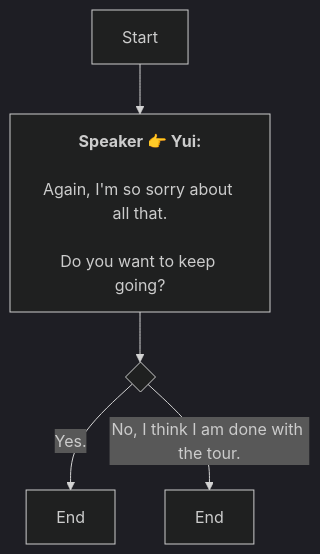
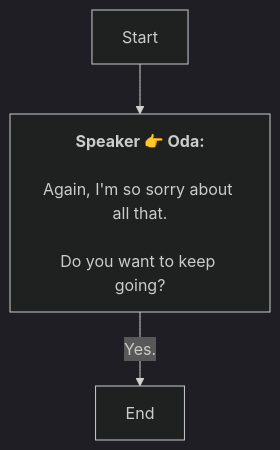
One commit to SoftHu/tos_avg changed the diagram in En/QuestStartTalkENode_1772261162942652.md. Above: the diagram before and after it, drawn with Mermaid (dark theme). The commit also changed 737 other files, not shown here.

````diff
--- a/En/QuestStartTalkENode_1772261162942652.md
+++ b/En/QuestStartTalkENode_1772261162942652.md
@@ -1,12 +1,8 @@
 ```mermaid
 graph
-Start -->1772261313100991[<b>Speaker 👉 Yui:</b>
+Start -->1772261313100991[<b>Speaker 👉 Oda:</b>
+\nAgain, I'm so sorry about all that.
+\nDo you want to keep going?]
+1772261313100991 -->|Yes.|1772261338034369[End]
 
-Again, I'm so sorry about all that.
-
-Do you want to keep going?]
-1772261313100991 -->1772261335803072{ }
-1772261335803072 -->|Yes.|1772261338034369[End]
-1772261335803072 -->|No, I think I am done with the tour.|1772261384326342[End]
-
- ```
+```
````
